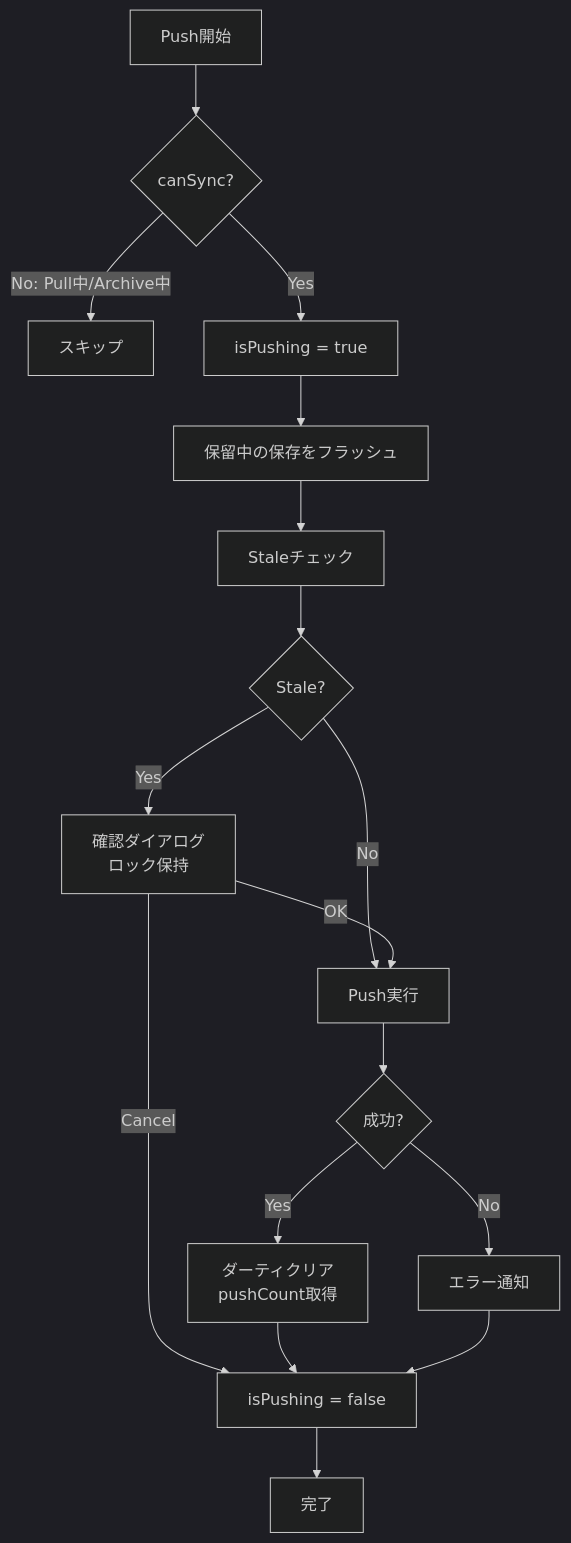
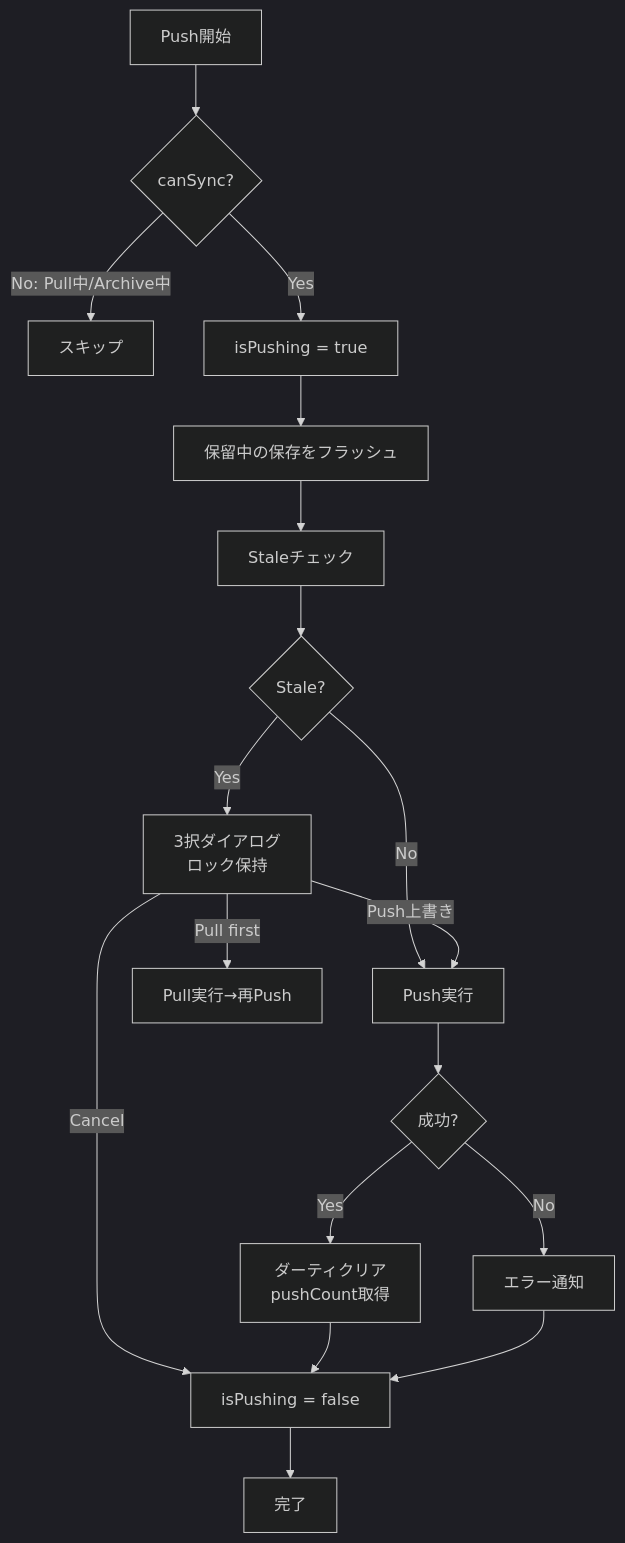
Before and after one commit to kako-jun/agasteer: the first of 6 diagrams in docs/development/sync/push-pull.md, drawn with Mermaid (dark theme). The commit also changed other lines of this file and 6 other files, not shown here.

````diff
--- a/docs/development/sync/push-pull.md
+++ b/docs/development/sync/push-pull.md
@@ -50,19 +51,20 @@
 ```mermaid
 flowchart TD
     Start[Push開始] --> Check1{canSync?}
     Check1 -->|No: Pull中/Archive中| End1[スキップ]
     Check1 -->|Yes| Lock[isPushing = true]
     Lock --> Flush[保留中の保存をフラッシュ]
     Flush --> Stale[Staleチェック]
     Stale --> Check2{Stale?}
-    Check2 -->|Yes| Confirm[確認ダイアログ<br/>ロック保持]
+    Check2 -->|Yes| Confirm[3択ダイアログ<br/>ロック保持]
     Check2 -->|No| Push
-    Confirm -->|OK| Push[Push実行]
+    Confirm -->|Pull first| PullFirst[Pull実行→再Push]
+    Confirm -->|Push上書き| Push[Push実行]
     Confirm -->|Cancel| Unlock
     Push --> Success{成功?}
     Success -->|Yes| Clear[ダーティクリア<br/>pushCount取得]
     Success -->|No| Notify[エラー通知]
     Clear --> Unlock[isPushing = false]
     Notify --> Unlock
     Unlock --> End2[完了]
 ```
````
